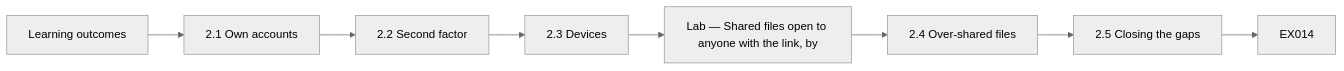
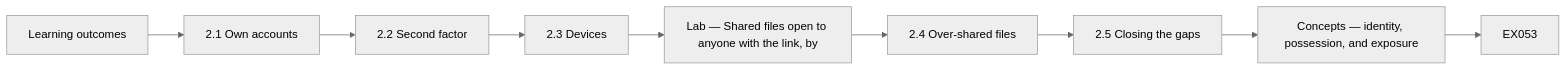
One commit to hiagokinlevi/CyKin changed the fifth of 12 diagrams in levels/rapid-1-month/information-security/en/book/MANUSCRIPT.md. Above: the diagram before and after it, drawn with Mermaid (neutral theme). The commit also changed other lines of this file and 1 other file, not shown here.

````diff
--- a/levels/rapid-1-month/information-security/en/book/MANUSCRIPT.md
+++ b/levels/rapid-1-month/information-security/en/book/MANUSCRIPT.md
@@ -178,11 +243,12 @@
 ```mermaid
 flowchart LR
   N0["Learning outcomes"]
   N1["2.1 Own accounts"]
   N2["2.2 Second factor"]
   N3["2.3 Devices"]
   N4["Lab — Shared files open to anyone with the link, by"]
   N5["2.4 Over-shared files"]
   N6["2.5 Closing the gaps"]
-  N0 --> N1 --> N2 --> N3 --> N4 --> N5 --> N6 --> Q["EX014"]
+  N7["Concepts — identity, possession, and exposure"]
+  N0 --> N1 --> N2 --> N3 --> N4 --> N5 --> N6 --> N7 --> Q["EX053"]
 ```
````
